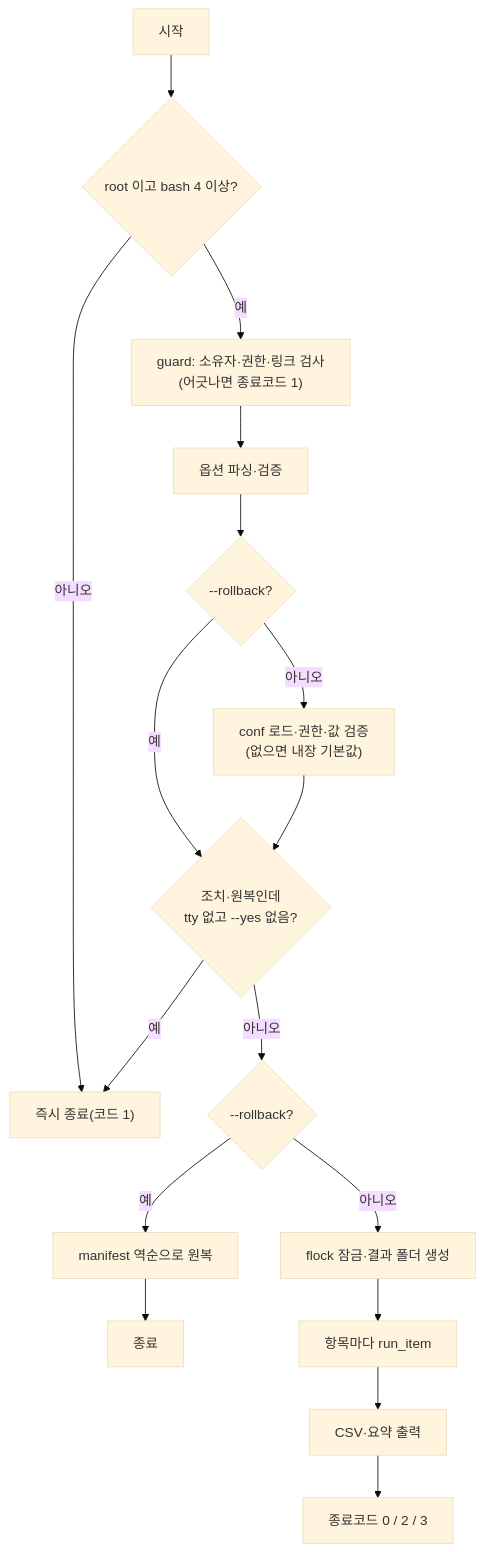
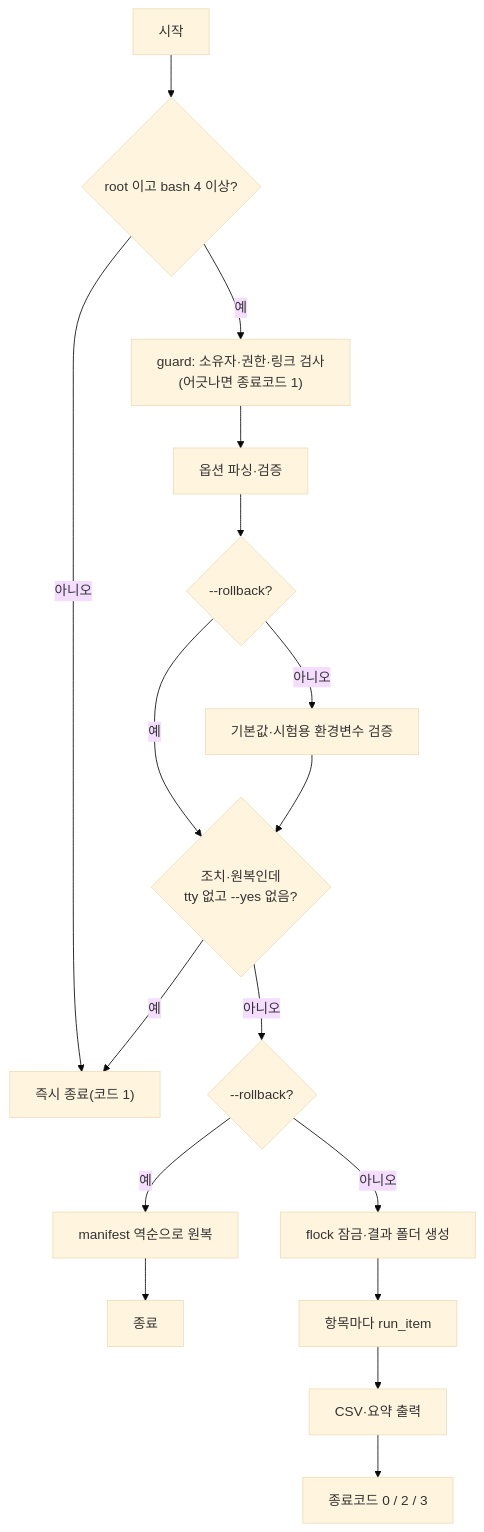
Before and after one commit to yanos0218/Tools: the second of 4 diagrams in vulnerability/docs/architecture.md, drawn with Mermaid (base theme). The commit also changed other lines of this file and 20 other files, not shown here.

````diff
--- a/vulnerability/docs/architecture.md
+++ b/vulnerability/docs/architecture.md
@@ -24,19 +23,19 @@
 ```mermaid
 flowchart TD
   S["시작"] --> R{"root 이고 bash 4 이상?"}
   R -- 아니오 --> X1["즉시 종료(코드 1)"]
   R -- 예 --> GD["guard: 소유자·권한·링크 검사<br/>(어긋나면 종료코드 1)"]
   GD --> O["옵션 파싱·검증"]
   O --> RBQ{"--rollback?"}
-  RBQ -- 아니오 --> CF["conf 로드·권한·값 검증<br/>(없으면 내장 기본값)"]
+  RBQ -- 아니오 --> CF["기본값·시험용 환경변수 검증"]
   RBQ -- 예 --> TTY
   CF --> TTY{"조치·원복인데<br/>tty 없고 --yes 없음?"}
   TTY -- 예 --> X1
   TTY -- 아니오 --> RB2{"--rollback?"}
   RB2 -- 예 --> RB["manifest 역순으로 원복"]
   RB --> E0["종료"]
   RB2 -- 아니오 --> L["flock 잠금·결과 폴더 생성"]
   L --> I["항목마다 run_item"]
   I --> W["CSV·요약 출력"]
   W --> EX["종료코드 0 / 2 / 3"]
 ```
````
